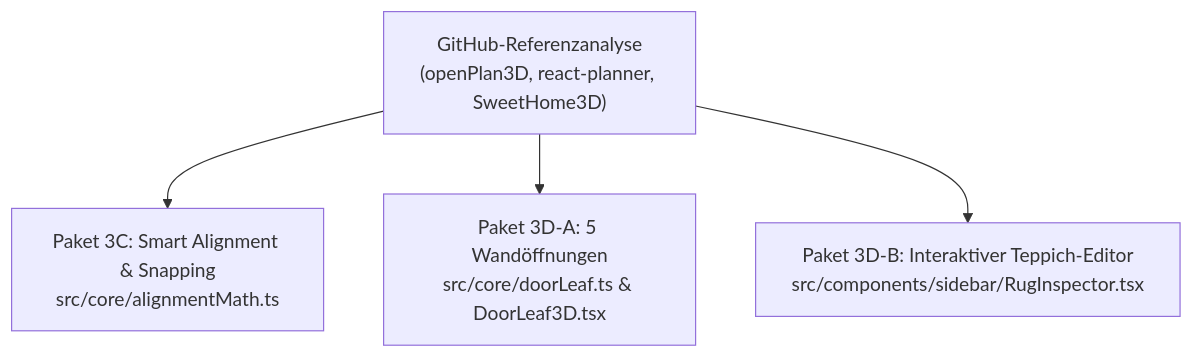
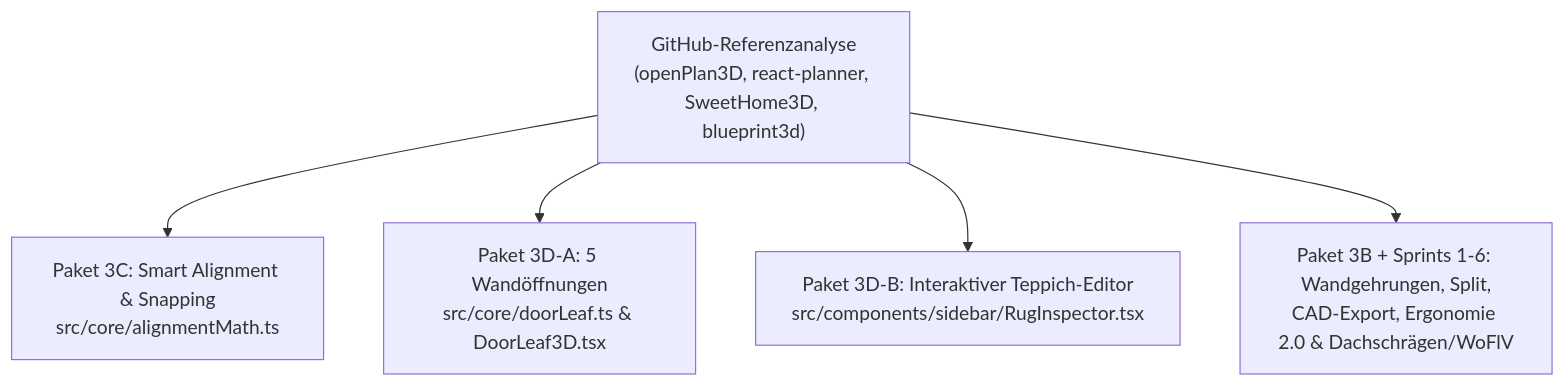
The diagram in wiki/architecture/github-reference-comparison.md (dksHyrion/wohnung-3d-planner), drawn with Mermaid before and after one commit. The commit also changed other lines of this file and 87 other files, not shown here.

First line of the commit message:
feat(sprints-1-6): geometry, 2D/3D CAD UX, exports, ergonomics 2.0, WoFlV roof slopes & E2E

````diff
--- a/wiki/architecture/github-reference-comparison.md
+++ b/wiki/architecture/github-reference-comparison.md
@@ -24,6 +24,7 @@
 ```mermaid
 flowchart TD
-  GH["GitHub-Referenzanalyse\n(openPlan3D, react-planner, SweetHome3D)"] --> P3C["Paket 3C: Smart Alignment & Snapping\nsrc/core/alignmentMath.ts"]
+  GH["GitHub-Referenzanalyse\n(openPlan3D, react-planner, SweetHome3D, blueprint3d)"] --> P3C["Paket 3C: Smart Alignment & Snapping\nsrc/core/alignmentMath.ts"]
   GH --> P3DA["Paket 3D-A: 5 Wandöffnungen\nsrc/core/doorLeaf.ts & DoorLeaf3D.tsx"]
   GH --> P3DB["Paket 3D-B: Interaktiver Teppich-Editor\nsrc/components/sidebar/RugInspector.tsx"]
+  GH --> P3B["Paket 3B + Sprints 1-6: Wandgehrungen, Split,\nCAD-Export, Ergonomie 2.0 & Dachschrägen/WoFlV"]
 ```
````
